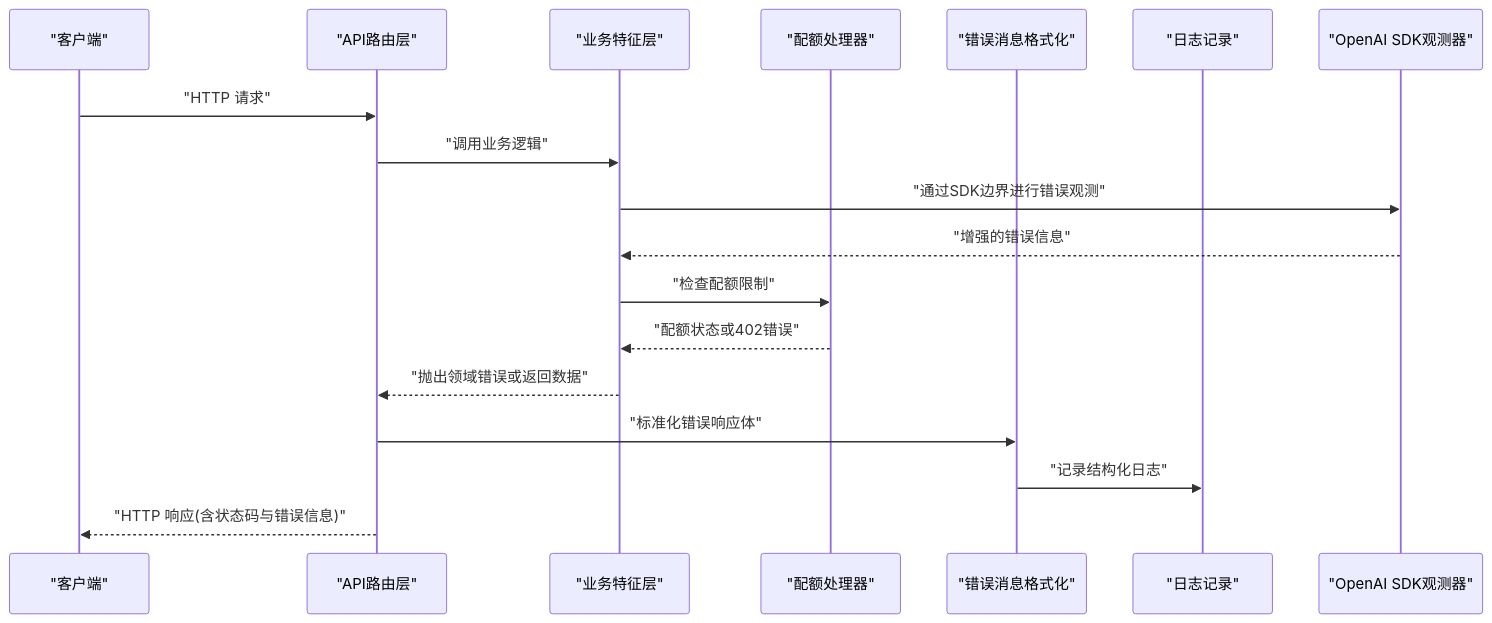
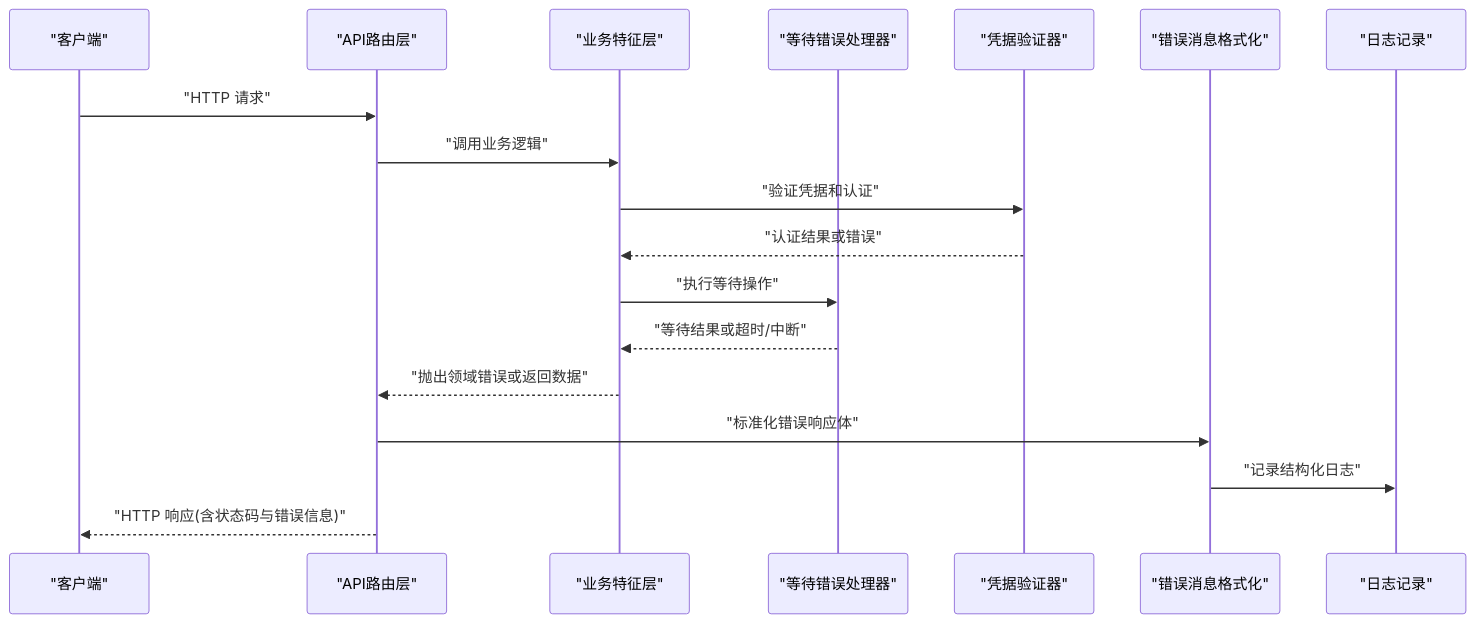
Before and after one commit to scottcwy/PurpleInk: the second of 3 diagrams in .qoder/repowiki/zh/content/API参考/错误处理.md, drawn with Mermaid. The commit also changed other lines of this file and 23 other files, not shown here.

````diff
--- a/.qoder/repowiki/zh/content/API参考/错误处理.md
+++ b/.qoder/repowiki/zh/content/API参考/错误处理.md
@@ -143,20 +144,20 @@
 ```mermaid
 sequenceDiagram
 participant C as "客户端"
 participant A as "API路由层"
 participant B as "业务特征层"
-participant Q as "配额处理器"
+participant W as "等待错误处理器"
+participant V as "凭据验证器"
 participant E as "错误消息格式化"
 participant L as "日志记录"
-participant O as "OpenAI SDK观测器"
 C->>A : "HTTP 请求"
 A->>B : "调用业务逻辑"
-B->>O : "通过SDK边界进行错误观测"
-O-->>B : "增强的错误信息"
-B->>Q : "检查配额限制"
-Q-->>B : "配额状态或402错误"
+B->>V : "验证凭据和认证"
+V-->>B : "认证结果或错误"
+B->>W : "执行等待操作"
+W-->>B : "等待结果或超时/中断"
 B-->>A : "抛出领域错误或返回数据"
 A->>E : "标准化错误响应体"
 E->>L : "记录结构化日志"
 A-->>C : "HTTP 响应(含状态码与错误信息)"
 ```
````
